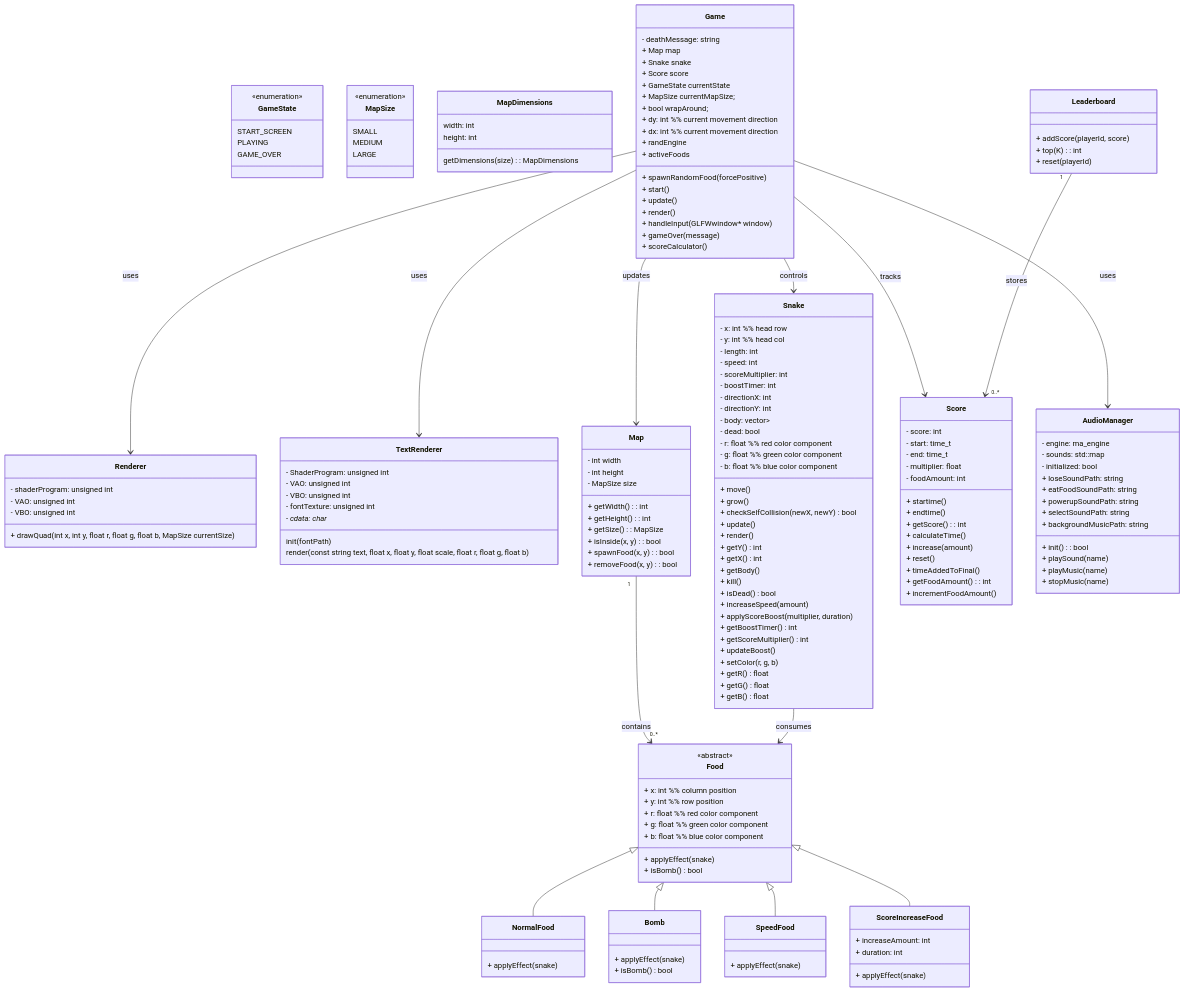
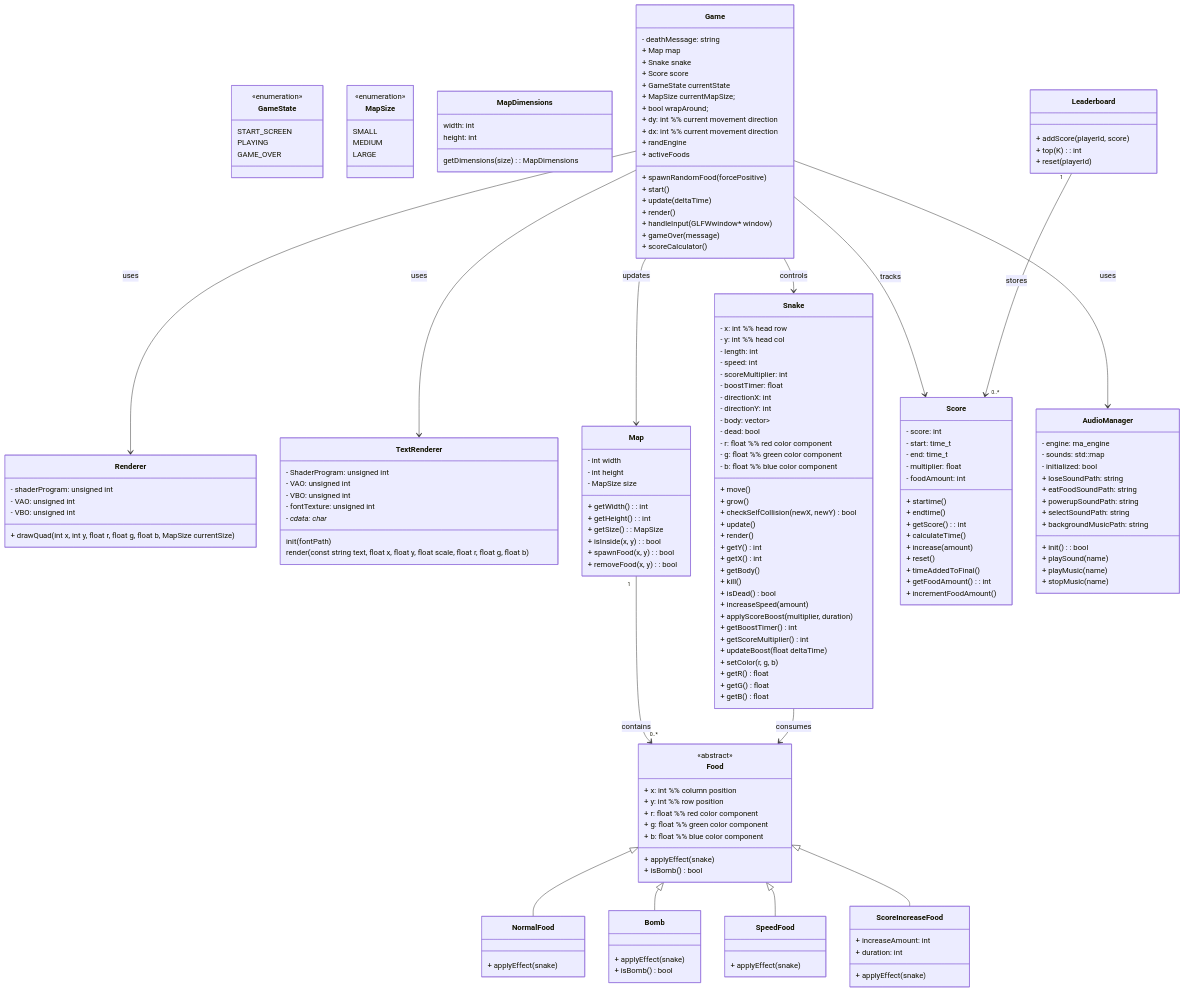
The diagram in README.md (KhioneWinter/PA5-Snake), drawn with Mermaid before and after one commit. The commit also changed 6 other files, not shown here.

```diff
--- a/README.md
+++ b/README.md
@@ -179,7 +179,7 @@
     + spawnRandomFood(forcePositive)
 
     + start()
-    + update()
+    + update(deltaTime)
     + render()
     + handleInput(GLFWwindow* window)
     + gameOver(message)
@@ -208,7 +208,7 @@
     - speed: int
 
     - scoreMultiplier: int
-    - boostTimer: int
+    - boostTimer: float
 
     - directionX: int
     - directionY: int
@@ -238,7 +238,7 @@
     + applyScoreBoost(multiplier, duration)
     + getBoostTimer() int
     + getScoreMultiplier() int
-    + updateBoost()
+    + updateBoost(float deltaTime)
     
     + setColor(r, g, b)
     + getR() float
```
